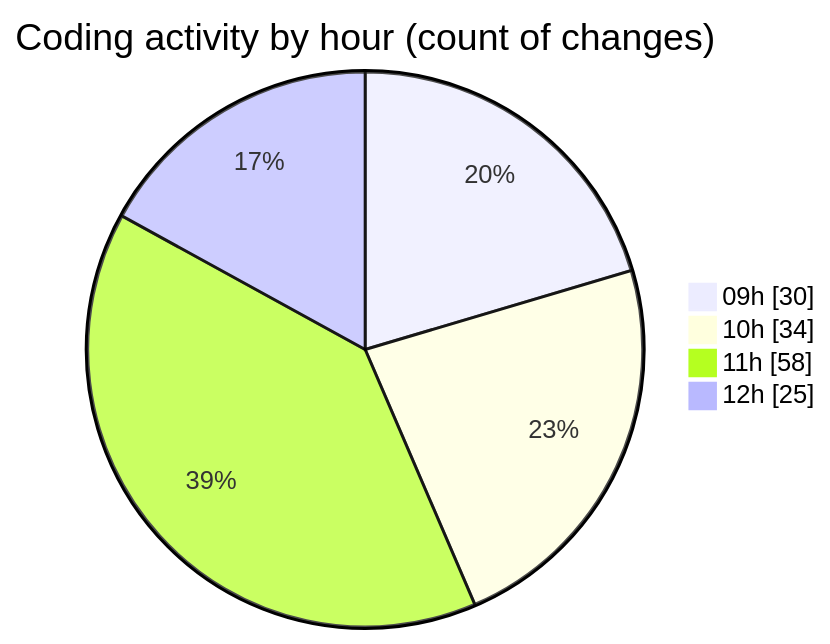
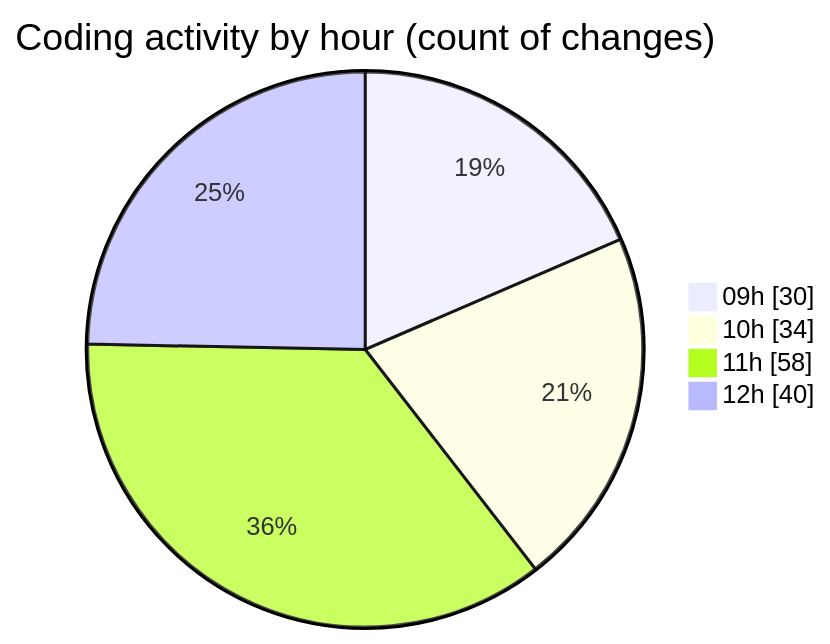
Before and after one commit to momahboobian/code-tracking: the second of 2 diagrams in 2025-04-02/cda/README.md, drawn with Mermaid. The commit also changed other lines of this file and 1 other file, not shown here.

````diff
--- a/2025-04-02/cda/README.md
+++ b/2025-04-02/cda/README.md
@@ -36,8 +36,8 @@
 ```mermaid
 pie showData
 title Coding activity by hour (count of changes)
 "09h" : 30
 "10h" : 34
 "11h" : 58
-"12h" : 25
+"12h" : 40
 ```
````
